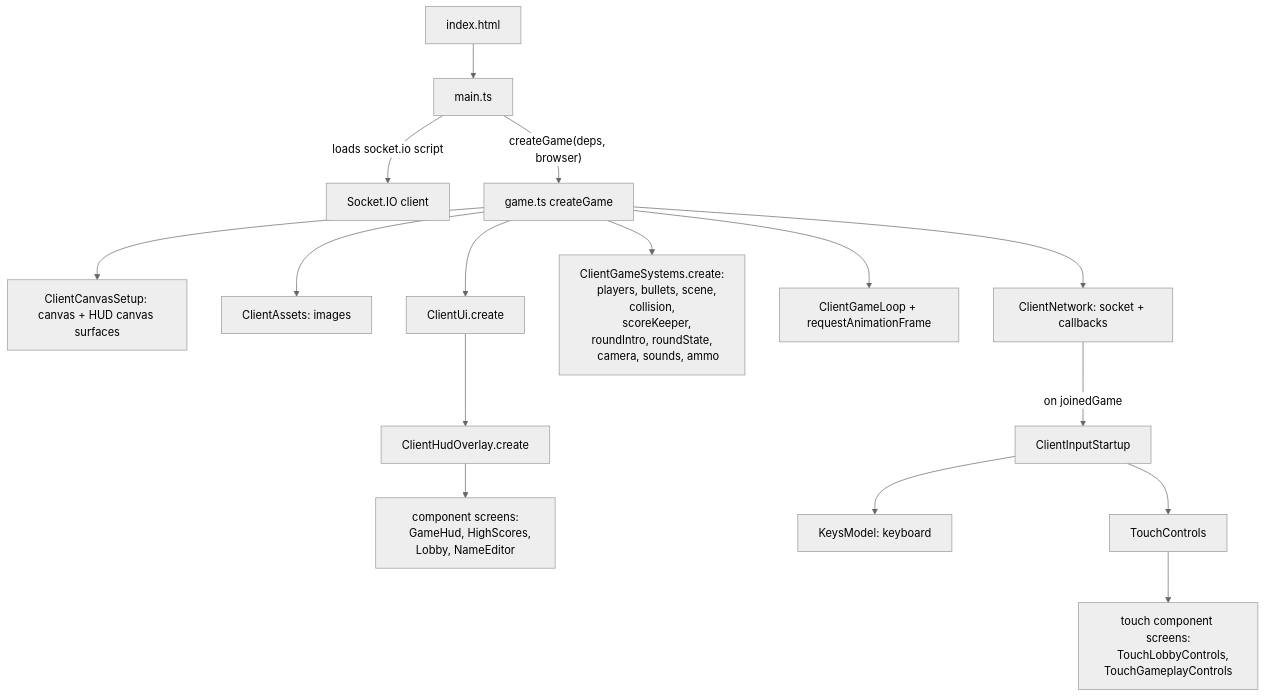
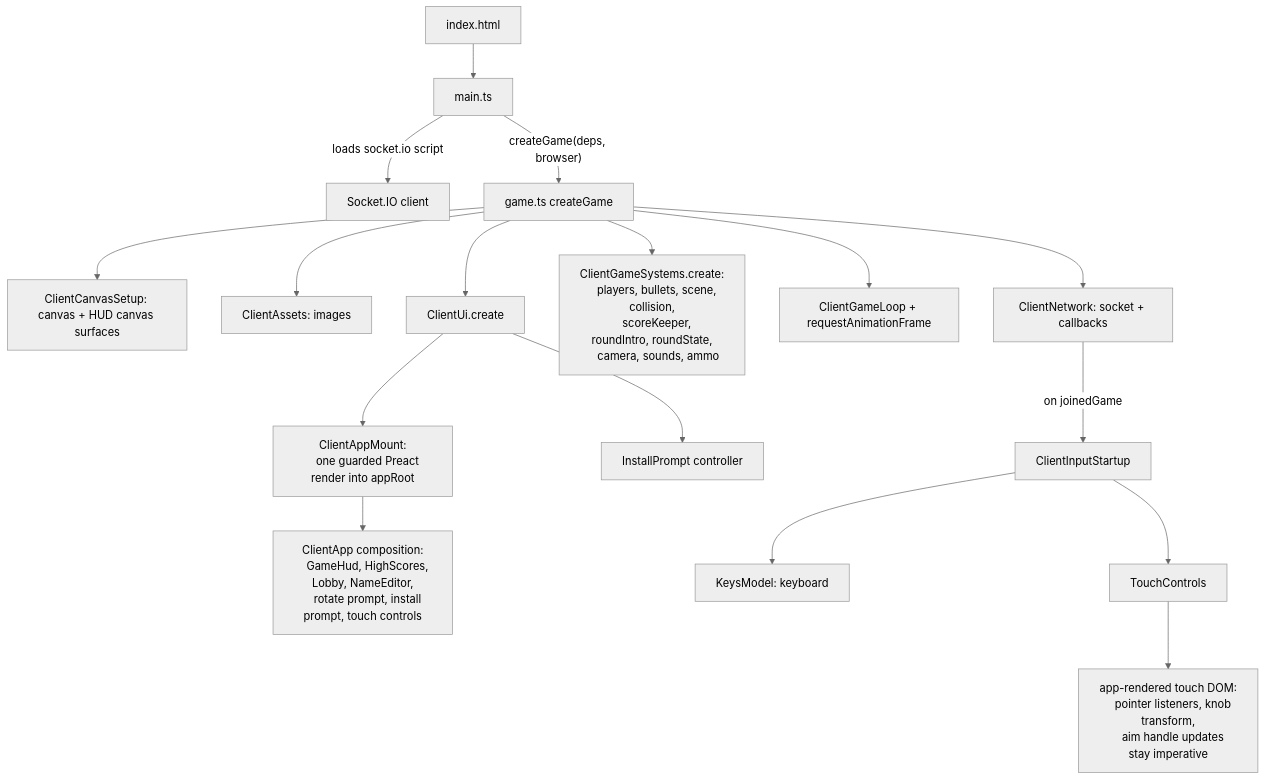
One commit to mkjems/gunfight changed the first of 2 diagrams in documentation/Architecture-flow.md. Above: the diagram before and after it, drawn with Mermaid (neutral theme). The commit also changed other lines of this file and 27 other files, not shown here.

Commit message:
Unify The Client UI Into One Preact Root

````diff
--- a/documentation/Architecture-flow.md
+++ b/documentation/Architecture-flow.md
@@ -60,24 +60,28 @@
 ```mermaid
 flowchart TD
     HTML[index.html] --> MAIN[main.ts]
     MAIN -->|loads socket.io script| SIO[Socket.IO client]
     MAIN -->|"createGame(deps, browser)"| GAME[game.ts createGame]
 
     GAME --> CANVAS[ClientCanvasSetup: canvas + HUD canvas surfaces]
     GAME --> ASSETS[ClientAssets: images]
     GAME --> UI[ClientUi.create]
-    UI --> OVERLAY[ClientHudOverlay.create]
-    OVERLAY --> SCREENS["component screens:
-    GameHud, HighScores, Lobby, NameEditor"]
+    UI --> APP["ClientAppMount:
+    one guarded Preact render into appRoot"]
+    UI --> INSTALL[InstallPrompt controller]
+    APP --> SCREENS["ClientApp composition:
+    GameHud, HighScores, Lobby, NameEditor,
+    rotate prompt, install prompt, touch controls"]
     GAME --> SYSTEMS["ClientGameSystems.create:
     players, bullets, scene, collision,
     scoreKeeper, roundIntro, roundState,
     camera, sounds, ammo"]
     GAME --> LOOP[ClientGameLoop + requestAnimationFrame]
     GAME --> NET[ClientNetwork: socket + callbacks]
     NET -->|on joinedGame| INPUT[ClientInputStartup]
     INPUT --> KEYS[KeysModel: keyboard]
     INPUT --> TOUCH[TouchControls]
-    TOUCH --> TSCREENS["touch component screens:
-    TouchLobbyControls, TouchGameplayControls"]
+    TOUCH --> TOUCHDOM["app-rendered touch DOM:
+    pointer listeners, knob transform,
+    aim handle updates stay imperative"]
 ```
````
